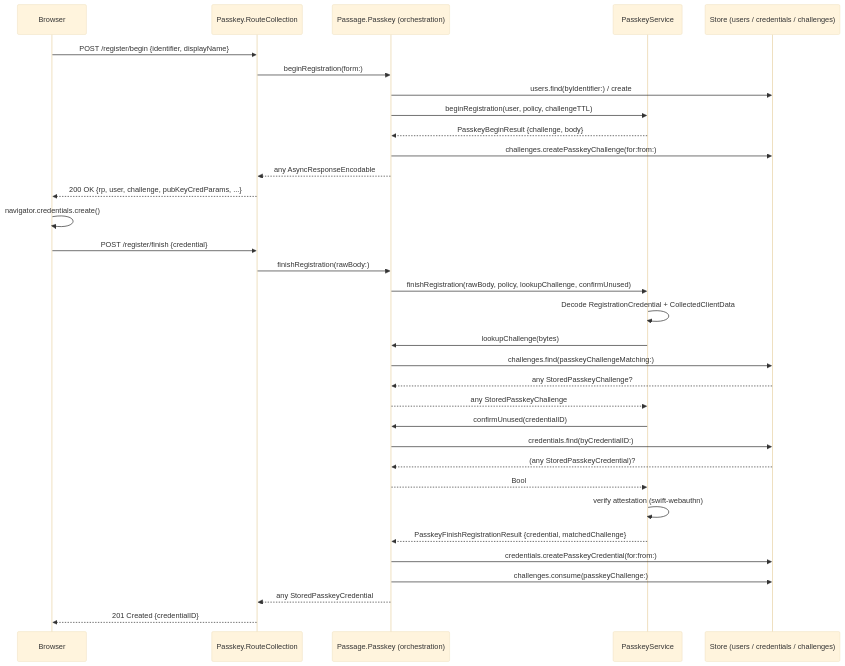
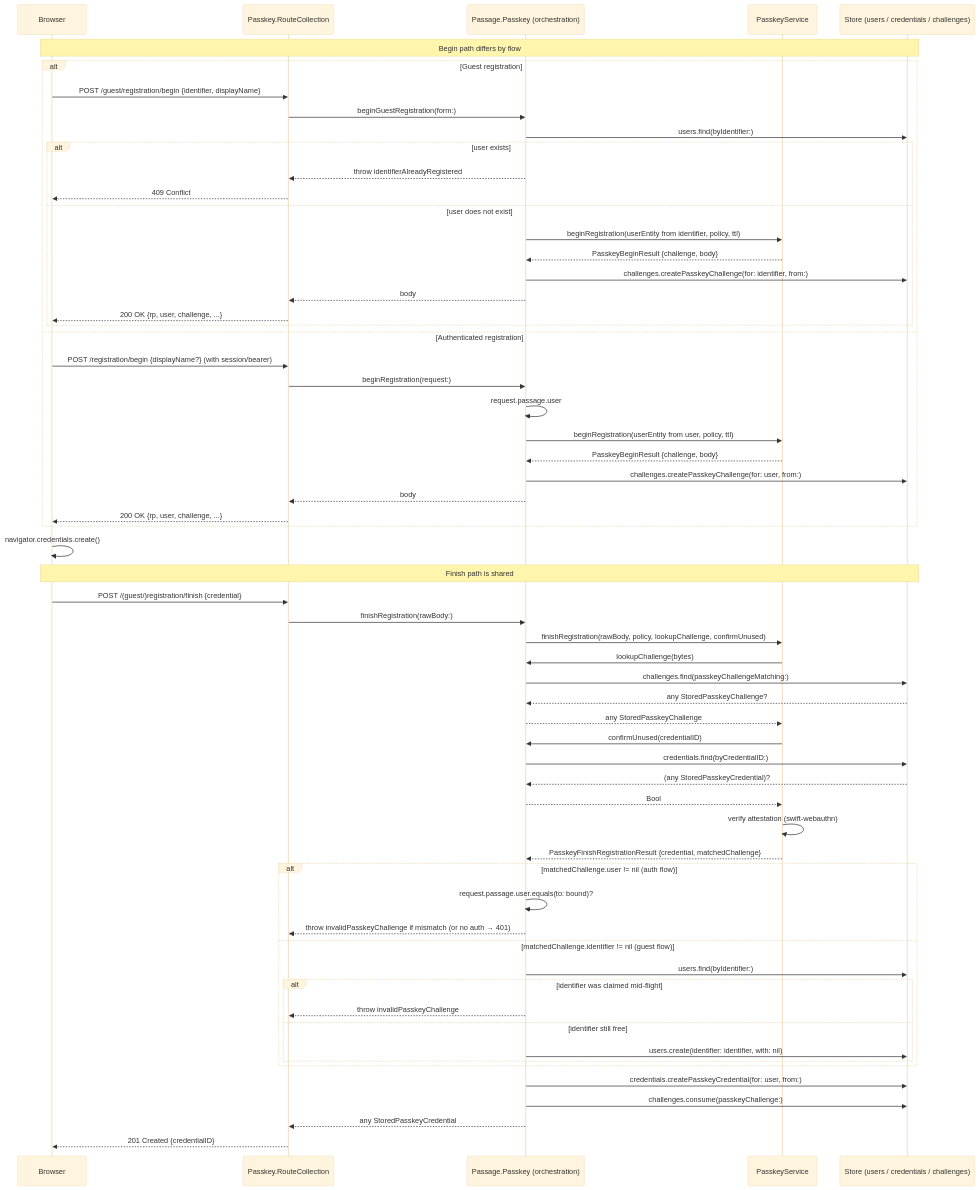
Before and after one commit to rozd/passage: the first of 2 diagrams in Sources/Passage/Features/Passkey/README.md, drawn with Mermaid (base theme). The commit also changed other lines of this file and 9 other files, not shown here.

````diff
--- a/Sources/Passage/Features/Passkey/README.md
+++ b/Sources/Passage/Features/Passkey/README.md
@@ -194,38 +203,68 @@
 ```mermaid
 sequenceDiagram
     participant Browser
     participant Routes as Passkey.RouteCollection
     participant Orch as Passage.Passkey (orchestration)
     participant Svc as PasskeyService
     participant Store as Store (users / credentials / challenges)
 
-    Browser->>Routes: POST /register/begin {identifier, displayName}
-    Routes->>Orch: beginRegistration(form:)
-    Orch->>Store: users.find(byIdentifier:) / create
-    Orch->>Svc: beginRegistration(user, policy, challengeTTL)
-    Svc-->>Orch: PasskeyBeginResult {challenge, body}
-    Orch->>Store: challenges.createPasskeyChallenge(for:from:)
-    Orch-->>Routes: any AsyncResponseEncodable
-    Routes-->>Browser: 200 OK {rp, user, challenge, pubKeyCredParams, ...}
+    Note over Browser,Store: Begin path differs by flow
+
+    alt Guest registration
+        Browser->>Routes: POST /guest/registration/begin {identifier, displayName}
+        Routes->>Orch: beginGuestRegistration(form:)
+        Orch->>Store: users.find(byIdentifier:)
+        alt user exists
+            Orch-->>Routes: throw identifierAlreadyRegistered
+            Routes-->>Browser: 409 Conflict
+        else user does not exist
+            Orch->>Svc: beginRegistration(userEntity from identifier, policy, ttl)
+            Svc-->>Orch: PasskeyBeginResult {challenge, body}
+            Orch->>Store: challenges.createPasskeyChallenge(for: identifier, from:)
+            Orch-->>Routes: body
+            Routes-->>Browser: 200 OK {rp, user, challenge, ...}
+        end
+    else Authenticated registration
+        Browser->>Routes: POST /registration/begin {displayName?} (with session/bearer)
+        Routes->>Orch: beginRegistration(request:)
+        Orch->>Orch: request.passage.user
+        Orch->>Svc: beginRegistration(userEntity from user, policy, ttl)
+        Svc-->>Orch: PasskeyBeginResult {challenge, body}
+        Orch->>Store: challenges.createPasskeyChallenge(for: user, from:)
+        Orch-->>Routes: body
+        Routes-->>Browser: 200 OK {rp, user, challenge, ...}
+    end
 
     Browser->>Browser: navigator.credentials.create()
 
-    Browser->>Routes: POST /register/finish {credential}
+    Note over Browser,Store: Finish path is shared
+
+    Browser->>Routes: POST /(guest/)registration/finish {credential}
     Routes->>Orch: finishRegistration(rawBody:)
     Orch->>Svc: finishRegistration(rawBody, policy, lookupChallenge, confirmUnused)
-    Svc->>Svc: Decode RegistrationCredential + CollectedClientData
     Svc->>Orch: lookupChallenge(bytes)
     Orch->>Store: challenges.find(passkeyChallengeMatching:)
     Store-->>Orch: any StoredPasskeyChallenge?
     Orch-->>Svc: any StoredPasskeyChallenge
     Svc->>Orch: confirmUnused(credentialID)
     Orch->>Store: credentials.find(byCredentialID:)
     Store-->>Orch: (any StoredPasskeyCredential)?
     Orch-->>Svc: Bool
     Svc->>Svc: verify attestation (swift-webauthn)
     Svc-->>Orch: PasskeyFinishRegistrationResult {credential, matchedChallenge}
-    Orch->>Store: credentials.createPasskeyCredential(for:from:)
+    alt matchedChallenge.user != nil (auth flow)
+        Orch->>Orch: request.passage.user.equals(to: bound)?
+        Orch-->>Routes: throw invalidPasskeyChallenge if mismatch (or no auth → 401)
+    else matchedChallenge.identifier != nil (guest flow)
+        Orch->>Store: users.find(byIdentifier:)
+        alt identifier was claimed mid-flight
+            Orch-->>Routes: throw invalidPasskeyChallenge
+        else identifier still free
+            Orch->>Store: users.create(identifier: identifier, with: nil)
+        end
+    end
+    Orch->>Store: credentials.createPasskeyCredential(for: user, from:)
     Orch->>Store: challenges.consume(passkeyChallenge:)
     Orch-->>Routes: any StoredPasskeyCredential
     Routes-->>Browser: 201 Created {credentialID}
 ```
````
